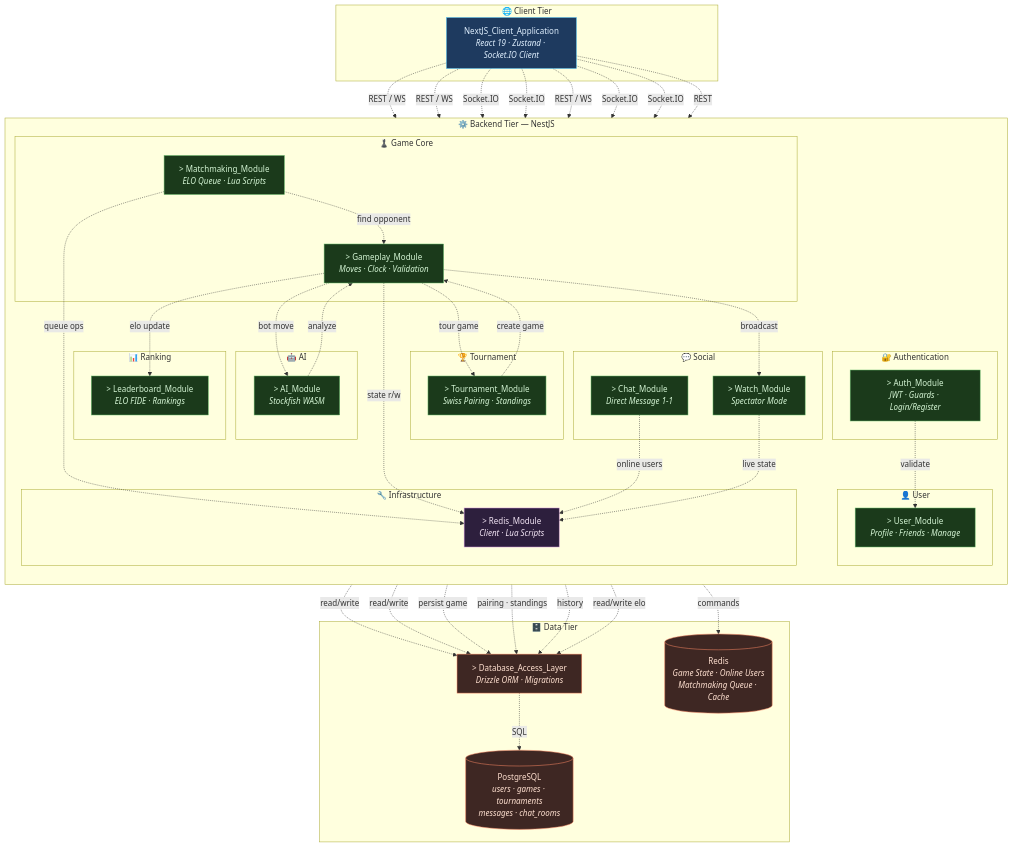
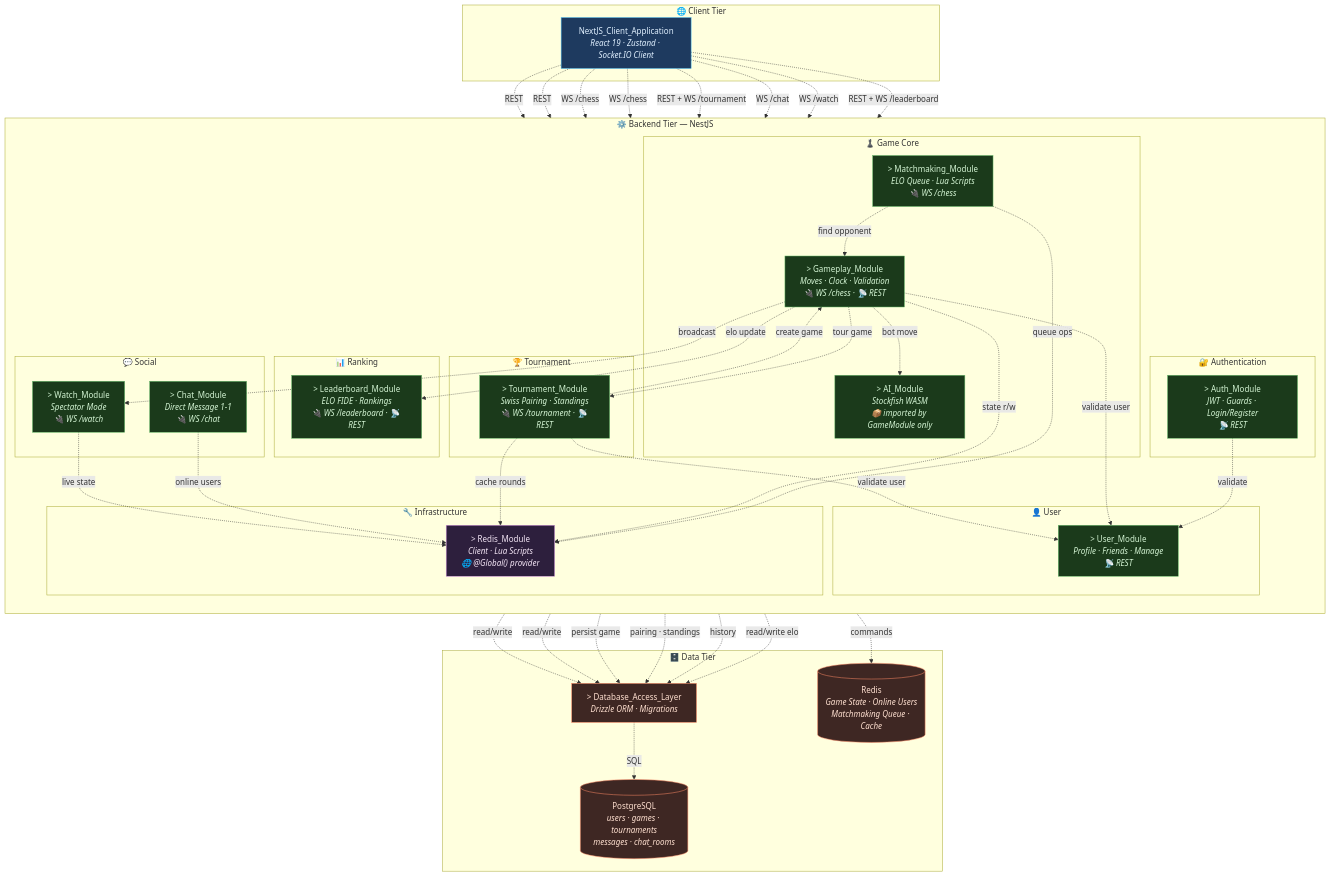
Before and after one commit to legiabao0907/web-chess-real-time: the first of 8 diagrams in README-SUBSYSTEM.md, drawn with Mermaid. The commit also changed other lines of this file, not shown here.

````diff
--- a/README-SUBSYSTEM.md
+++ b/README-SUBSYSTEM.md
@@ -22,37 +44,34 @@
         direction TB
 
         subgraph Auth_Sub["🔐 Authentication"]
-            AUTH["&gt; Auth_Module<br/><i>JWT · Guards · Login/Register</i>"]
+            AUTH["&gt; Auth_Module<br/><i>JWT · Guards · Login/Register<br/>📡 REST</i>"]
         end
 
         subgraph User_Sub["👤 User"]
-            USER["&gt; User_Module<br/><i>Profile · Friends · Manage</i>"]
+            USER["&gt; User_Module<br/><i>Profile · Friends · Manage<br/>📡 REST</i>"]
         end
 
         subgraph Game_Sub["♟️ Game Core"]
-            MATCH["&gt; Matchmaking_Module<br/><i>ELO Queue · Lua Scripts</i>"]
-            GAMEPLAY["&gt; Gameplay_Module<br/><i>Moves · Clock · Validation</i>"]
+            MATCH["&gt; Matchmaking_Module<br/><i>ELO Queue · Lua Scripts<br/>🔌 WS /chess</i>"]
+            GAMEPLAY["&gt; Gameplay_Module<br/><i>Moves · Clock · Validation<br/>🔌 WS /chess · 📡 REST</i>"]
+            AI["&gt; AI_Module<br/><i>Stockfish WASM<br/>📦 imported by GameModule only</i>"]
         end
 
         subgraph Tour_Sub["🏆 Tournament"]
-            TOUR["&gt; Tournament_Module<br/><i>Swiss Pairing · Standings</i>"]
+            TOUR["&gt; Tournament_Module<br/><i>Swiss Pairing · Standings<br/>🔌 WS /tournament · 📡 REST</i>"]
         end
 
         subgraph Social_Sub["💬 Social"]
-            CHAT["&gt; Chat_Module<br/><i>Direct Message 1-1</i>"]
-            WATCH["&gt; Watch_Module<br/><i>Spectator Mode</i>"]
-        end
-
-        subgraph AI_Sub["🤖 AI"]
-            AI["&gt; AI_Module<br/><i>Stockfish WASM</i>"]
+            CHAT["&gt; Chat_Module<br/><i>Direct Message 1-1<br/>🔌 WS /chat</i>"]
+            WATCH["&gt; Watch_Module<br/><i>Spectator Mode<br/>🔌 WS /watch</i>"]
         end
 
         subgraph Rank_Sub["📊 Ranking"]
-            LB["&gt; Leaderboard_Module<br/><i>ELO FIDE · Rankings</i>"]
+            LB["&gt; Leaderboard_Module<br/><i>ELO FIDE · Rankings<br/>🔌 WS /leaderboard · 📡 REST</i>"]
         end
 
         subgraph Infra_Sub["🔧 Infrastructure"]
-            REDIS_M["&gt; Redis_Module<br/><i>Client · Lua Scripts</i>"]
+            REDIS_M["&gt; Redis_Module<br/><i>Client · Lua Scripts<br/>🌐 @Global() provider</i>"]
         end
     end
 
@@ -68,14 +87,14 @@
     %% ======================================================
     %% RELATIONSHIPS — Client → Backend
     %% ======================================================
-    NEXT -.->|"REST / WS"| AUTH
-    NEXT -.->|"REST / WS"| USER
-    NEXT -.->|"Socket.IO"| MATCH
-    NEXT -.->|"Socket.IO"| GAMEPLAY
-    NEXT -.->|"REST / WS"| TOUR
-    NEXT -.->|"Socket.IO"| CHAT
-    NEXT -.->|"Socket.IO"| WATCH
-    NEXT -.->|"REST"| LB
+    NEXT -.->|"REST"| AUTH
+    NEXT -.->|"REST"| USER
+    NEXT -.->|"WS /chess"| MATCH
+    NEXT -.->|"WS /chess"| GAMEPLAY
+    NEXT -.->|"REST + WS /tournament"| TOUR
+    NEXT -.->|"WS /chat"| CHAT
+    NEXT -.->|"WS /watch"| WATCH
+    NEXT -.->|"REST + WS /leaderboard"| LB
 
     %% ======================================================
     %% RELATIONSHIPS — Backend Module Inter-dependencies
@@ -86,6 +105,7 @@
 
     MATCH -.->|"find opponent"| GAMEPLAY
     MATCH -.->|"queue ops"| REDIS_M
+    GAMEPLAY -.->|"validate user"| USER
     GAMEPLAY -.->|"state r/w"| REDIS_M
     GAMEPLAY -.->|"elo update"| LB
     GAMEPLAY -.->|"bot move"| AI
@@ -93,7 +113,9 @@
     GAMEPLAY -.->|"tour game"| TOUR
     GAMEPLAY -.->|"persist game"| DRIZZLE
 
+    TOUR -.->|"validate user"| USER
     TOUR -.->|"pairing · standings"| DRIZZLE
+    TOUR -.->|"cache rounds"| REDIS_M
     TOUR -.->|"create game"| GAMEPLAY
 
     CHAT -.->|"online users"| REDIS_M
@@ -102,8 +124,6 @@
     WATCH -.->|"live state"| REDIS_M
 
     LB -.->|"read/write elo"| DRIZZLE
-
-    AI -.->|"analyze"| GAMEPLAY
 
     %% ======================================================
     %% RELATIONSHIPS — Infra → Data
@@ -115,7 +135,7 @@
     %% APPLY STYLES
     %% ======================================================
     class NEXT client
-    class AUTH,USER,MATCH,GAMEPLAY,TOUR,CHAT,WATCH,AI,LB,REDIS_M backend
+    class AUTH,USER,MATCH,GAMEPLAY,TOUR,CHAT,WATCH,AI,LB backend
+    class REDIS_M infra
     class DRIZZLE,PG,REDIS_D data
-    class REDIS_M infra
 ```
````
